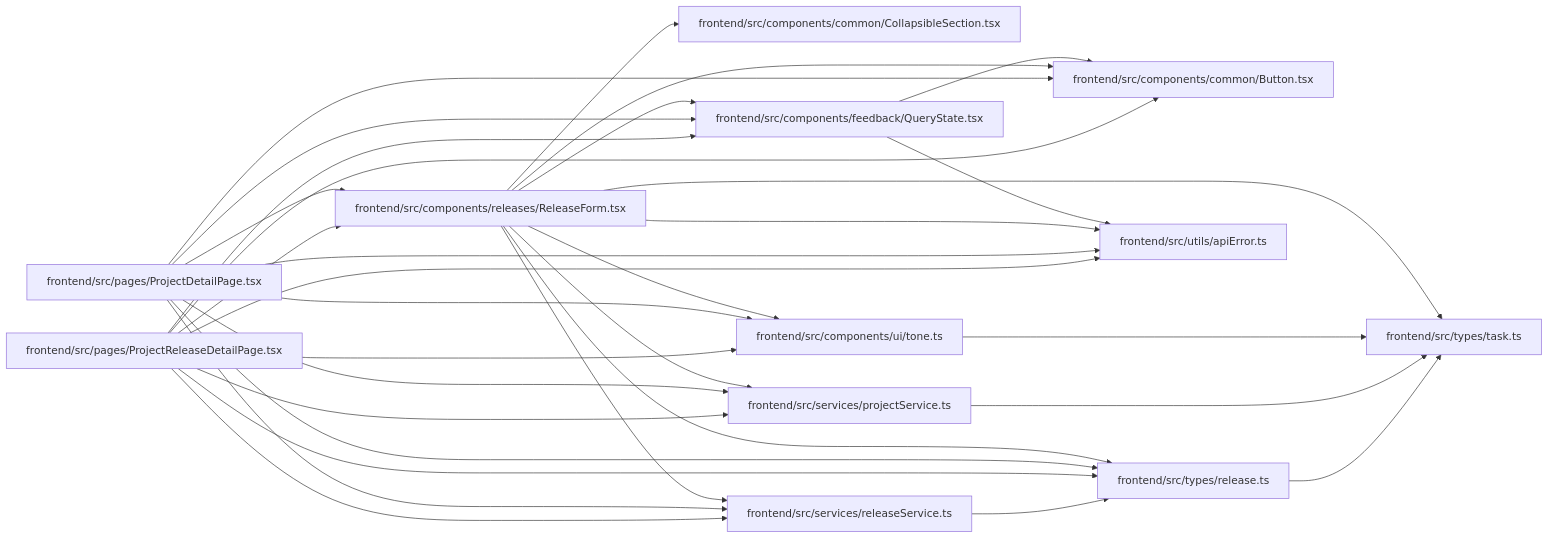
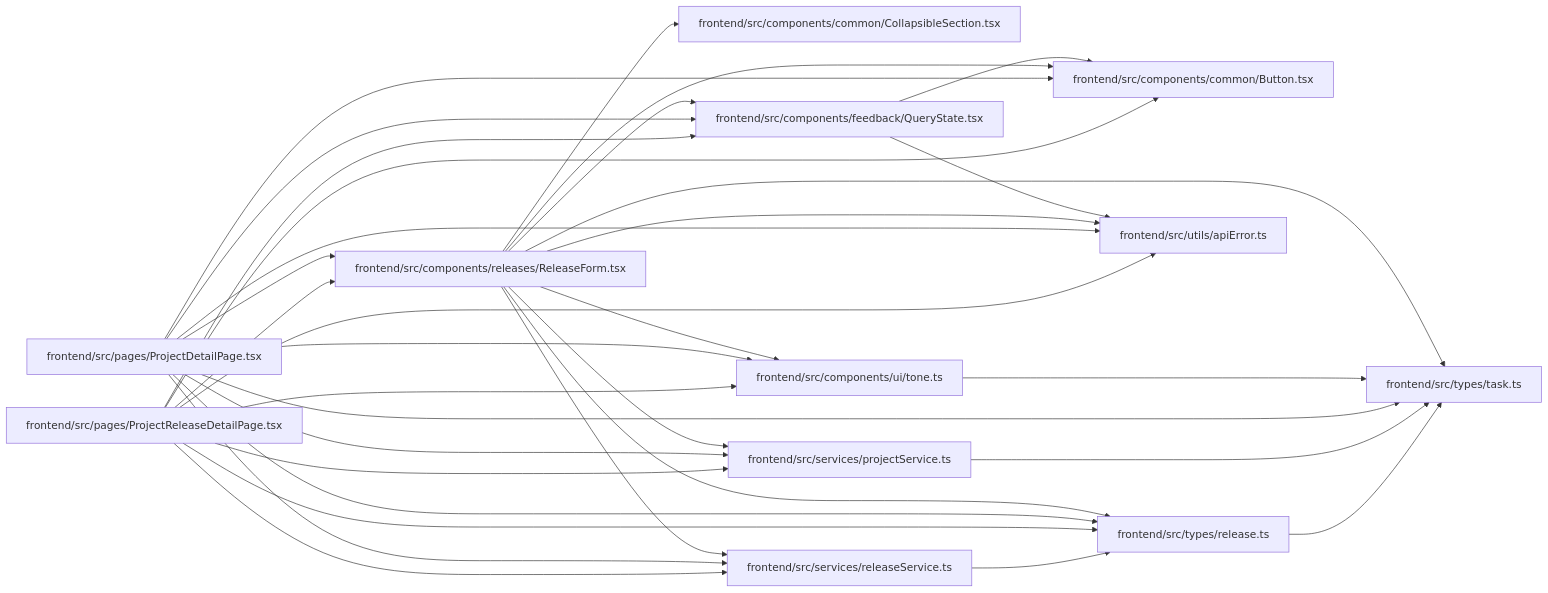
Before and after one commit to Denissvgn/WorkChord: the diagram in docs/llm_wiki/modules/ReleaseForm.md, drawn with Mermaid. The commit also changed 268 other files, not shown here.

````diff
--- a/docs/llm_wiki/modules/ReleaseForm.md
+++ b/docs/llm_wiki/modules/ReleaseForm.md
@@ -41,58 +41,59 @@
 ```mermaid
 flowchart LR
     n0["frontend/src/components/common/Button.tsx"]
     n1["frontend/src/components/common/CollapsibleSection.tsx"]
     n2["frontend/src/components/feedback/QueryState.tsx"]
     n3["frontend/src/components/releases/ReleaseForm.tsx"]
     n4["frontend/src/components/ui/tone.ts"]
     n5["frontend/src/pages/ProjectDetailPage.tsx"]
     n6["frontend/src/pages/ProjectReleaseDetailPage.tsx"]
     n7["frontend/src/services/projectService.ts"]
     n8["frontend/src/services/releaseService.ts"]
     n9["frontend/src/types/release.ts"]
     n10["frontend/src/types/task.ts"]
     n11["frontend/src/utils/apiError.ts"]
     n2 --> n0
     n2 --> n11
     n3 --> n0
     n3 --> n1
     n3 --> n2
     n3 --> n4
     n3 --> n7
     n3 --> n8
     n3 --> n9
     n3 --> n10
     n3 --> n11
     n4 --> n10
     n5 --> n0
     n5 --> n2
     n5 --> n3
     n5 --> n4
     n5 --> n7
     n5 --> n8
     n5 --> n9
+    n5 --> n10
     n5 --> n11
     n6 --> n0
     n6 --> n2
     n6 --> n3
     n6 --> n4
     n6 --> n7
     n6 --> n8
     n6 --> n9
     n6 --> n11
     n7 --> n10
     n8 --> n9
     n9 --> n10
     click n0 "../modules/Button.md"
     click n1 "../modules/CollapsibleSection.md"
     click n2 "../modules/QueryState.md"
     click n3 "../modules/ReleaseForm.md"
     click n4 "../modules/tone.md"
     click n5 "../modules/ProjectDetailPage.md"
     click n6 "../modules/ProjectReleaseDetailPage.md"
     click n7 "../modules/projectService.md"
     click n8 "../modules/releaseService.md"
     click n9 "../modules/types_release.md"
     click n10 "../modules/types_task.md"
     click n11 "../modules/apiError.md"
 ```
````
